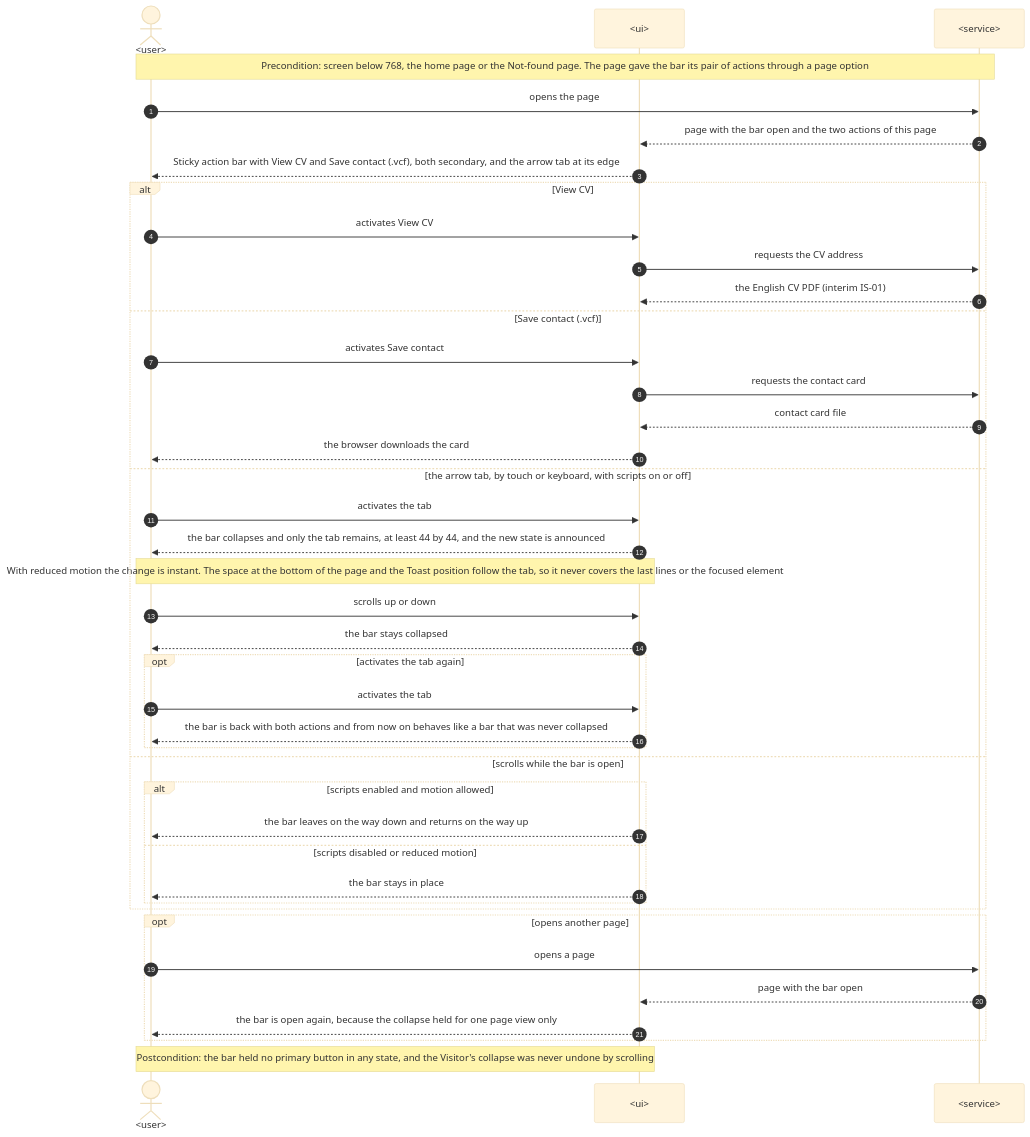
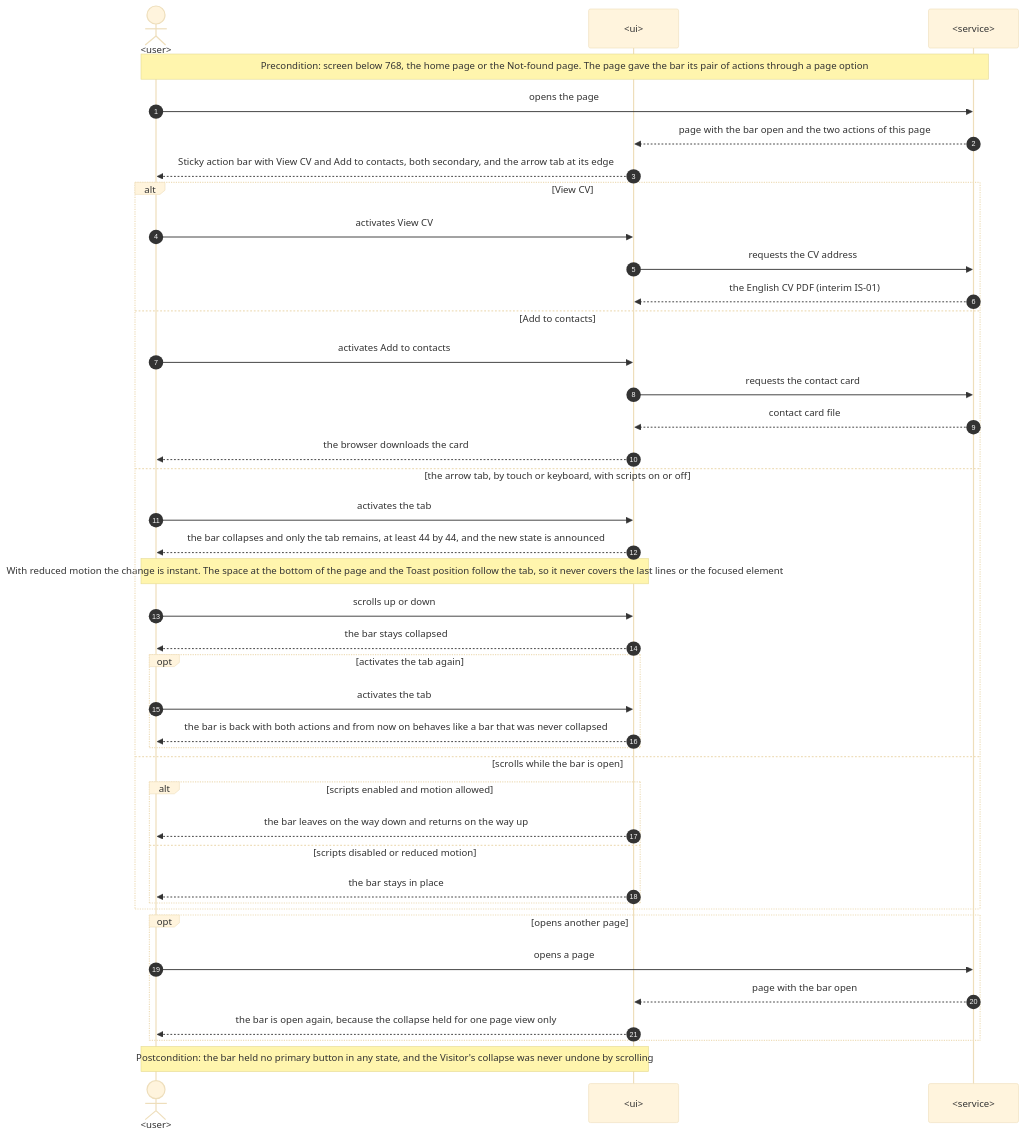
Before and after one commit to Ponomaleks/alpon.dev: the ninth of 9 diagrams in docs/features/home/sad.md, drawn with Mermaid (base theme). The commit also changed other lines of this file and 29 other files, not shown here.

First line of the commit message:
feat(home): Rename the contact card action to "Add to contacts" with .vcf as meta text

````diff
--- a/docs/features/home/sad.md
+++ b/docs/features/home/sad.md
@@ -504,44 +504,44 @@
 ```mermaid
 sequenceDiagram
     autonumber
     actor U as <user>
     participant UI as <ui>
     participant S as <service>
 
     Note over U,S: Precondition: screen below 768, the home page or the Not-found page. The page gave the bar its pair of actions through a page option
     U->>S: opens the page
     S-->>UI: page with the bar open and the two actions of this page
-    UI-->>U: Sticky action bar with View CV and Save contact (.vcf), both secondary, and the arrow tab at its edge
+    UI-->>U: Sticky action bar with View CV and Add to contacts, both secondary, and the arrow tab at its edge
     alt View CV
         U->>UI: activates View CV
         UI->>S: requests the CV address
         S-->>UI: the English CV PDF (interim IS-01)
-    else Save contact (.vcf)
-        U->>UI: activates Save contact
+    else Add to contacts
+        U->>UI: activates Add to contacts
         UI->>S: requests the contact card
         S-->>UI: contact card file
         UI-->>U: the browser downloads the card
     else the arrow tab, by touch or keyboard, with scripts on or off
         U->>UI: activates the tab
         UI-->>U: the bar collapses and only the tab remains, at least 44 by 44, and the new state is announced
         Note over U,UI: With reduced motion the change is instant. The space at the bottom of the page and the Toast position follow the tab, so it never covers the last lines or the focused element
         U->>UI: scrolls up or down
         UI-->>U: the bar stays collapsed
         opt activates the tab again
             U->>UI: activates the tab
             UI-->>U: the bar is back with both actions and from now on behaves like a bar that was never collapsed
         end
     else scrolls while the bar is open
         alt scripts enabled and motion allowed
             UI-->>U: the bar leaves on the way down and returns on the way up
         else scripts disabled or reduced motion
             UI-->>U: the bar stays in place
         end
     end
     opt opens another page
         U->>S: opens a page
         S-->>UI: page with the bar open
         UI-->>U: the bar is open again, because the collapse held for one page view only
     end
     Note over U,UI: Postcondition: the bar held no primary button in any state, and the Visitor's collapse was never undone by scrolling
 ```
````
